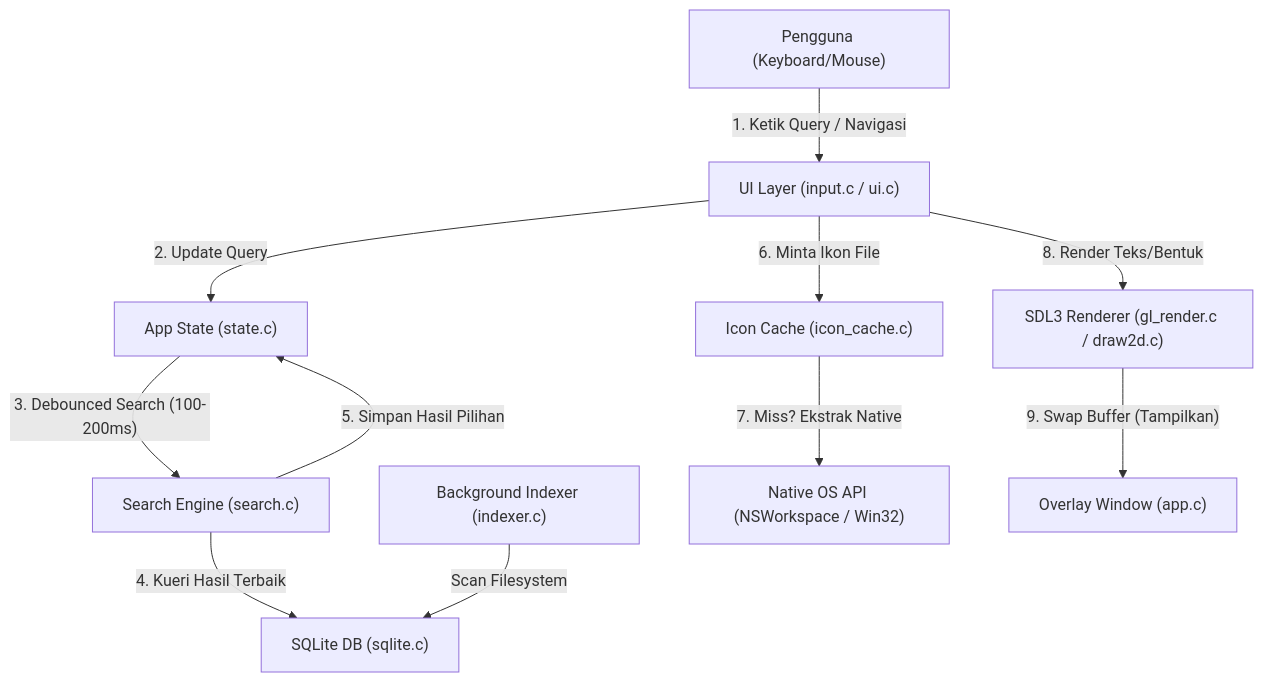
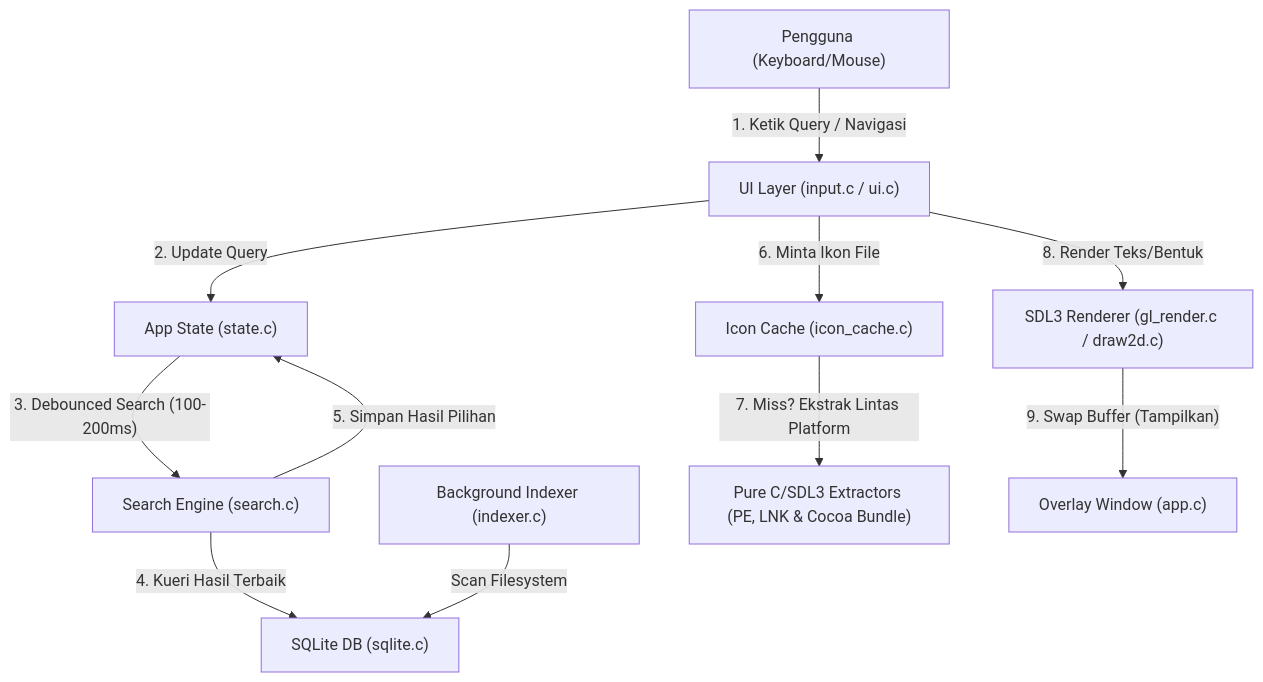
One commit to faizulmushofa/atlas-launcher changed the diagram in README.md. Above: the diagram before and after it, drawn with Mermaid. The commit also changed other lines of this file, not shown here.

Commit message:
docs: update README to document background indexing and pure C LNK/PE icon extraction

````diff
--- a/README.md
+++ b/README.md
@@ -18,13 +18,13 @@
 ```mermaid
 graph TD
     User["Pengguna (Keyboard/Mouse)"] -->|1. Ketik Query / Navigasi| UI["UI Layer (input.c / ui.c)"]
     UI -->|2. Update Query| State["App State (state.c)"]
     State -->|"3. Debounced Search (100-200ms)"| Search["Search Engine (search.c)"]
     Search -->|4. Kueri Hasil Terbaik| SQLite["SQLite DB (sqlite.c)"]
     Indexer["Background Indexer (indexer.c)"] -->|Scan Filesystem| SQLite
     Search -->|5. Simpan Hasil Pilihan| State
     UI -->|6. Minta Ikon File| Icon["Icon Cache (icon_cache.c)"]
-    Icon -->|7. Miss? Ekstrak Native| NativeOS["Native OS API (NSWorkspace / Win32)"]
+    Icon -->|7. Miss? Ekstrak Lintas Platform| NativeOS["Pure C/SDL3 Extractors (PE, LNK & Cocoa Bundle)"]
     UI -->|8. Render Teks/Bentuk| Render["SDL3 Renderer (gl_render.c / draw2d.c)"]
     Render -->|"9. Swap Buffer (Tampilkan)"| Screen["Overlay Window (app.c)"]
 ```
````
